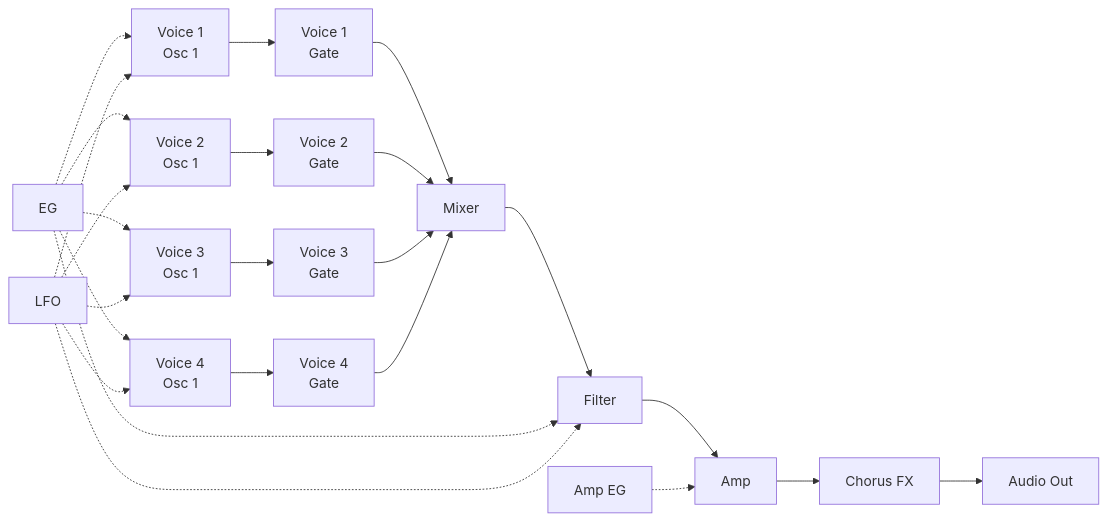
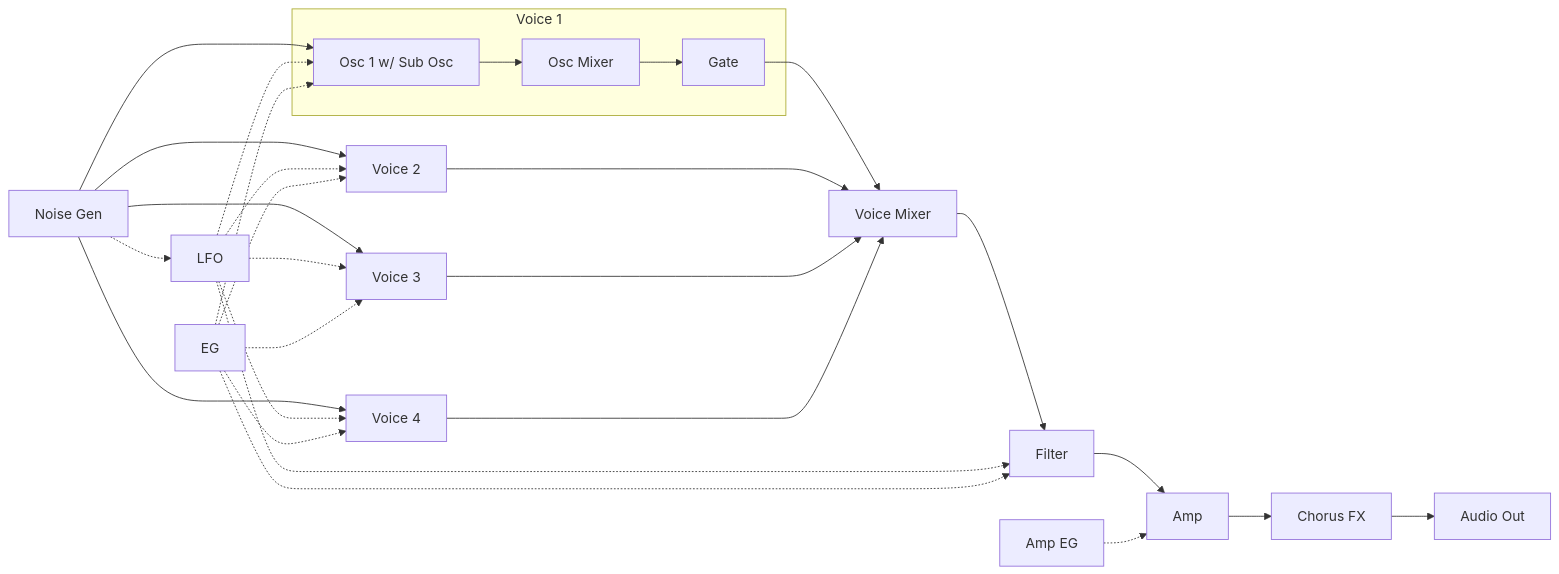
Before and after one commit to risgk/digital-synth-pra32-u: the second of 2 diagrams in README.md, drawn with Mermaid. The commit also changed other lines of this file, not shown here.

````diff
--- a/README.md
+++ b/README.md
@@ -112,18 +110,15 @@
 ```mermaid
 graph LR
-    V1O1[Voice 1<br/>Osc 1] --> V1G[Voice 1<br/>Gate] --> M[Mixer] --> F[Filter] --> A[Amp] --> C[Chorus FX] --> AO[Audio Out]
-    V2O1[Voice 2<br/>Osc 1] --> V2G[Voice 2<br/>Gate] --> M
-    V3O1[Voice 3<br/>Osc 1] --> V3G[Voice 3<br/>Gate] --> M
-    V4O1[Voice 4<br/>Osc 1] --> V4G[Voice 4<br/>Gate] --> M
-    E[EG]      -.-> V1O1
-    E          -.-> V2O1
-    E          -.-> V3O1
-    E          -.-> V4O1
-    E          -.-> F
-    L[LFO]     -.-> V1O1
-    L          -.-> V2O1
-    L          -.-> V3O1
-    L          -.-> V4O1
-    L          -.-> F
+    subgraph V1[Voice 1]
+        V1O1[Osc 1 w/ Sub Osc] --> V1OM[Osc Mixer]
+        V1OM --> V1G[Gate]
+    end
+    V1G --> VM[Voice Mixer]
+    V2[Voice 2] & V3[Voice 3] & V4[Voice 4] --> VM
+    VM --> F[Filter] --> A[Amp] --> C[Chorus FX] --> AO[Audio Out]
+    N[Noise Gen]  --> V1O1 & V2 & V3 & V4
+    N -.-> L[LFO]
+    L -.-> V1O1 & V2 & V3 & V4 & F
+    E[EG] -.-> V1O1 & V2 & V3 & V4 & F
     AE[Amp EG] -.-> A
 ```
````
